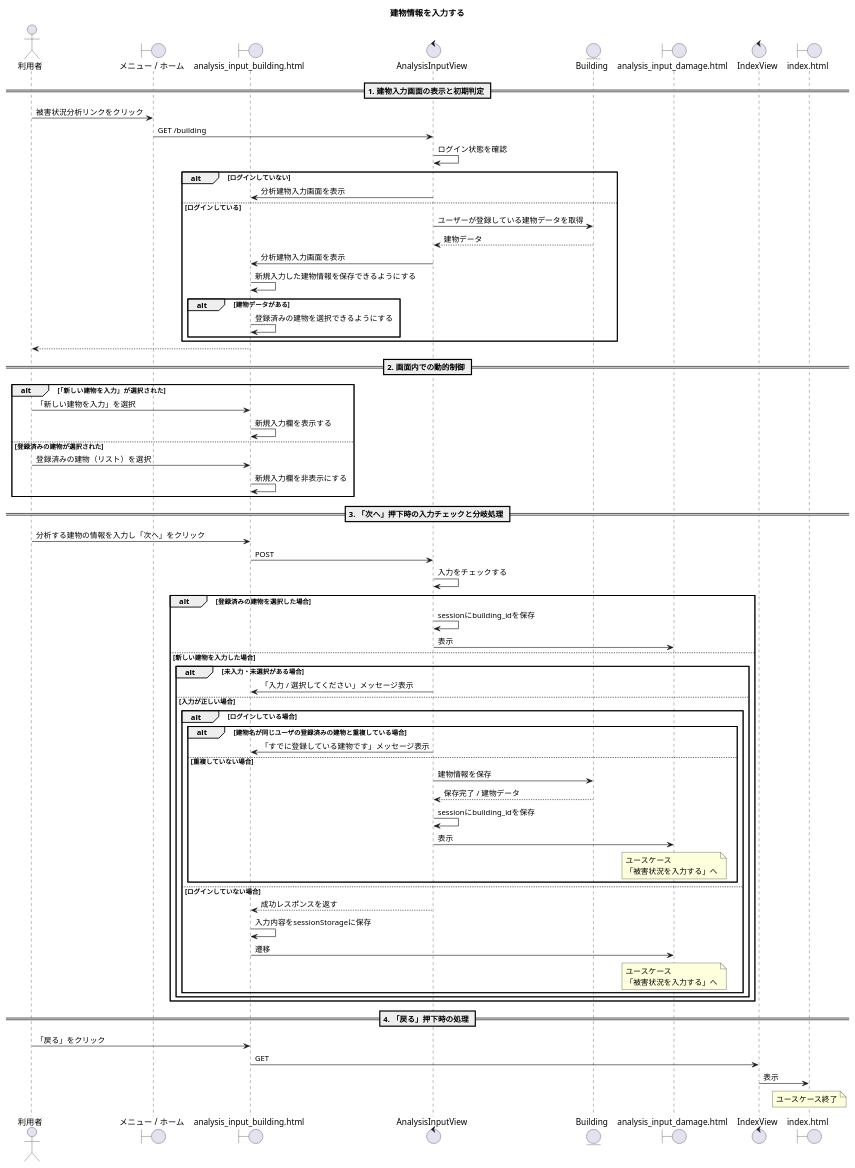
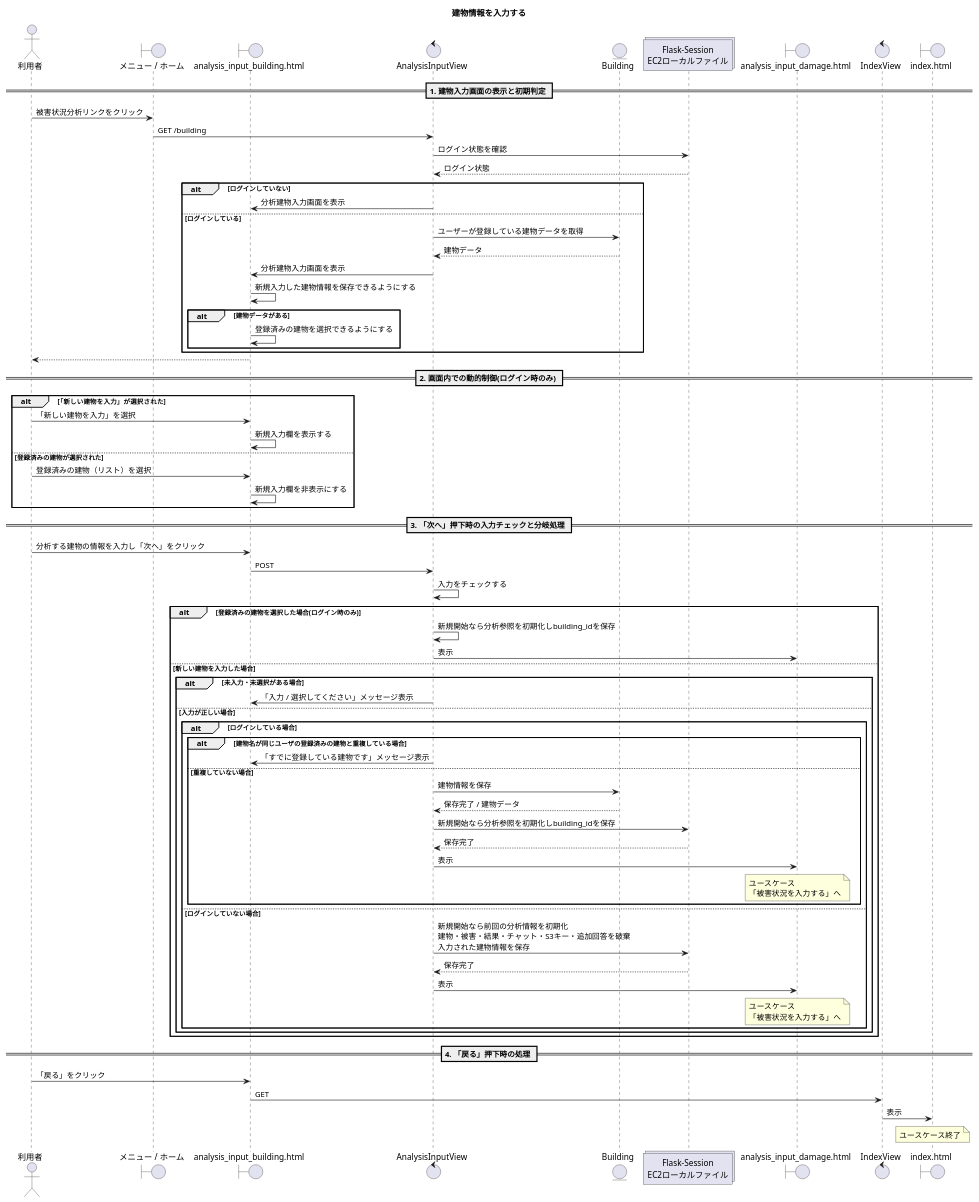
The third of 17 diagrams in 20_システム設計書/図24_シーケンス.puml (Kotarou-Tanoue/tanouesoftware), drawn with PlantUML before and after one commit. The commit also changed other lines of this file and 3 other files, not shown here.

```diff
--- a/20_システム設計書/図24_シーケンス.puml
+++ b/20_システム設計書/図24_シーケンス.puml
@@ -90,78 +96,81 @@
 @startuml 建物情報を入力する
     title 建物情報を入力する
 
     actor "利用者" as a1
     boundary "メニュー / ホーム" as b1
     boundary "analysis_input_building.html" as b2
     control "AnalysisInputView" as c1
     entity "Building" as e1
+    collections "Flask-Session\nEC2ローカルファイル" as sess
     boundary "analysis_input_damage.html" as b3
     control "IndexView" as c2
     boundary "index.html" as b4
 
 
     == 1. 建物入力画面の表示と初期判定 ==
     a1 -> b1 : 被害状況分析リンクをクリック
     b1 -> c1 : GET /building
-    c1 -> c1 : ログイン状態を確認
+    c1 -> sess : ログイン状態を確認
+    sess --> c1 : ログイン状態
 
     alt ログインしていない
         c1 -> b2 : 分析建物入力画面を表示
     else ログインしている
         c1 -> e1 : ユーザーが登録している建物データを取得
         e1 --> c1 : 建物データ
         c1 -> b2 : 分析建物入力画面を表示
 
         b2 -> b2 : 新規入力した建物情報を保存できるようにする
         alt 建物データがある
             b2 -> b2 : 登録済みの建物を選択できるようにする
         end
     end
     b2 --> a1
 
-    == 2. 画面内での動的制御 ==
+    == 2. 画面内での動的制御(ログイン時のみ) ==
     alt 「新しい建物を入力」が選択された
         a1 -> b2 : 「新しい建物を入力」を選択
         b2 -> b2 : 新規入力欄を表示する
     else 登録済みの建物が選択された
         a1 -> b2 : 登録済みの建物（リスト）を選択
         b2 -> b2 : 新規入力欄を非表示にする
     end
 
     == 3. 「次へ」押下時の入力チェックと分岐処理 ==
     a1 -> b2 : 分析する建物の情報を入力し「次へ」をクリック
     b2 -> c1 : POST
     c1 -> c1 : 入力をチェックする
-    alt 登録済みの建物を選択した場合
-        c1 -> c1 : sessionにbuilding_idを保存
+    alt 登録済みの建物を選択した場合(ログイン時のみ)
+        c1 -> c1 : 新規開始なら分析参照を初期化しbuilding_idを保存
         c1 -> b3 : 表示
     else 新しい建物を入力した場合
         alt 未入力・未選択がある場合
             c1 -> b2 : 「入力 / 選択してください」メッセージ表示
         else 入力が正しい場合
             alt ログインしている場合
                 alt 建物名が同じユーザの登録済みの建物と重複している場合
                     c1 -> b2 : 「すでに登録している建物です」メッセージ表示
                 else 重複していない場合
                     c1 -> e1 : 建物情報を保存
                     e1 --> c1 : 保存完了 / 建物データ
-                    c1 -> c1 : sessionにbuilding_idを保存
+                    c1 -> sess : 新規開始なら分析参照を初期化しbuilding_idを保存
+                    sess --> c1 : 保存完了
                     c1 -> b3 : 表示
                     note over b3 : ユースケース\n「被害状況を入力する」へ
                 end
             else ログインしていない場合
-                c1 --> b2 : 成功レスポンスを返す
-                b2 -> b2 : 入力内容をsessionStorageに保存
-                b2 -> b3 : 遷移
+                c1 -> sess : 新規開始なら前回の分析情報を初期化\n建物・被害・結果・チャット・S3キー・追加回答を破棄\n入力された建物情報を保存
+                sess --> c1 : 保存完了
+                c1 -> b3 : 表示
                 note over b3 : ユースケース\n「被害状況を入力する」へ
             end
         end
     end
 
     == 4. 「戻る」押下時の処理 ==
     a1 -> b2 : 「戻る」をクリック
     b2 -> c2 : GET
     c2 -> b4 : 表示
     note over b4 : ユースケース終了
 
 @enduml
```
